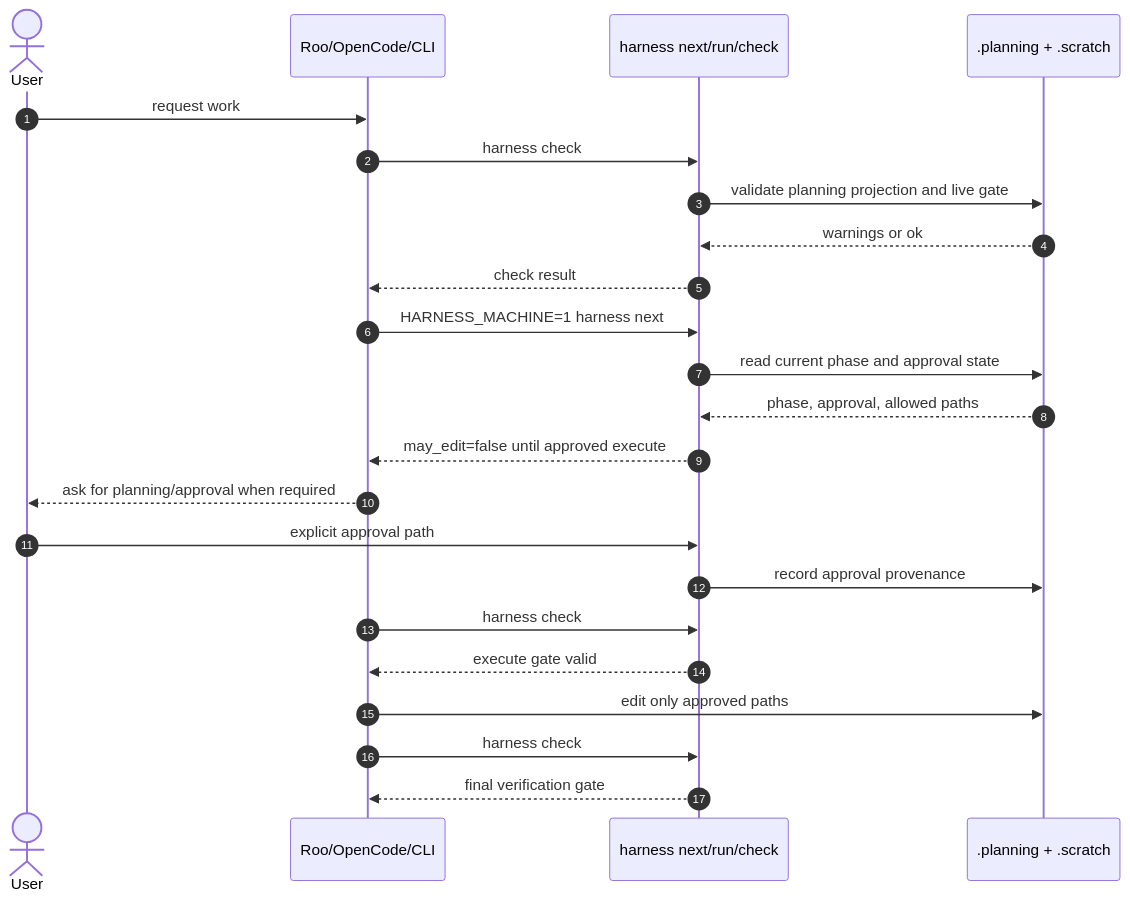
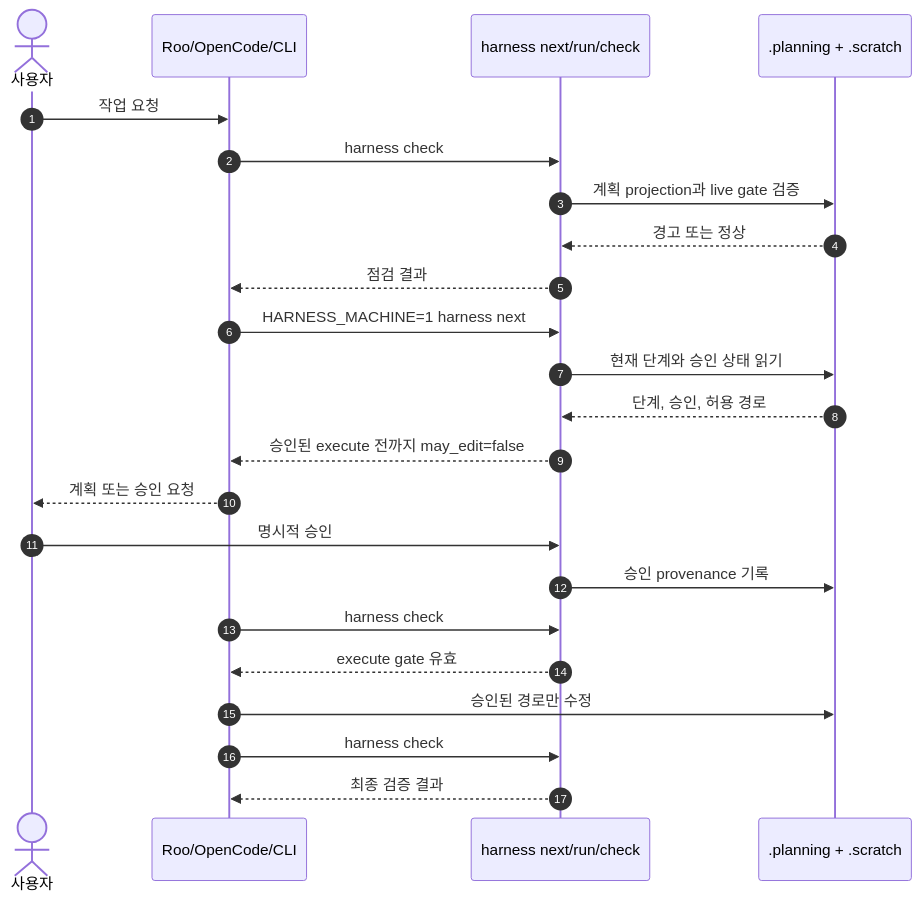
Before and after one commit to hjung3113/general-low-reasoning-agent-harness: the diagram in docs/minimal-workflow-sequence.md, drawn with Mermaid. The commit also changed other lines of this file and 11 other files, not shown here.

````diff
--- a/docs/minimal-workflow-sequence.md
+++ b/docs/minimal-workflow-sequence.md
@@ -6,26 +5,26 @@
 ```mermaid
 sequenceDiagram
     autonumber
-    actor User
-    participant Adapter as Roo/OpenCode/CLI
-    participant Harness as harness next/run/check
-    participant State as .planning + .scratch
+    actor 사용자
+    participant 어댑터 as Roo/OpenCode/CLI
+    participant 하네스 as harness next/run/check
+    participant 상태 as .planning + .scratch
 
-    User->>Adapter: request work
-    Adapter->>Harness: harness check
-    Harness->>State: validate planning projection and live gate
-    State-->>Harness: warnings or ok
-    Harness-->>Adapter: check result
-    Adapter->>Harness: HARNESS_MACHINE=1 harness next
-    Harness->>State: read current phase and approval state
-    State-->>Harness: phase, approval, allowed paths
-    Harness-->>Adapter: may_edit=false until approved execute
-    Adapter-->>User: ask for planning/approval when required
-    User->>Harness: explicit approval path
-    Harness->>State: record approval provenance
-    Adapter->>Harness: harness check
-    Harness-->>Adapter: execute gate valid
-    Adapter->>State: edit only approved paths
-    Adapter->>Harness: harness check
-    Harness-->>Adapter: final verification gate
+    사용자->>어댑터: 작업 요청
+    어댑터->>하네스: harness check
+    하네스->>상태: 계획 projection과 live gate 검증
+    상태-->>하네스: 경고 또는 정상
+    하네스-->>어댑터: 점검 결과
+    어댑터->>하네스: HARNESS_MACHINE=1 harness next
+    하네스->>상태: 현재 단계와 승인 상태 읽기
+    상태-->>하네스: 단계, 승인, 허용 경로
+    하네스-->>어댑터: 승인된 execute 전까지 may_edit=false
+    어댑터-->>사용자: 계획 또는 승인 요청
+    사용자->>하네스: 명시적 승인
+    하네스->>상태: 승인 provenance 기록
+    어댑터->>하네스: harness check
+    하네스-->>어댑터: execute gate 유효
+    어댑터->>상태: 승인된 경로만 수정
+    어댑터->>하네스: harness check
+    하네스-->>어댑터: 최종 검증 결과
 ```
````
